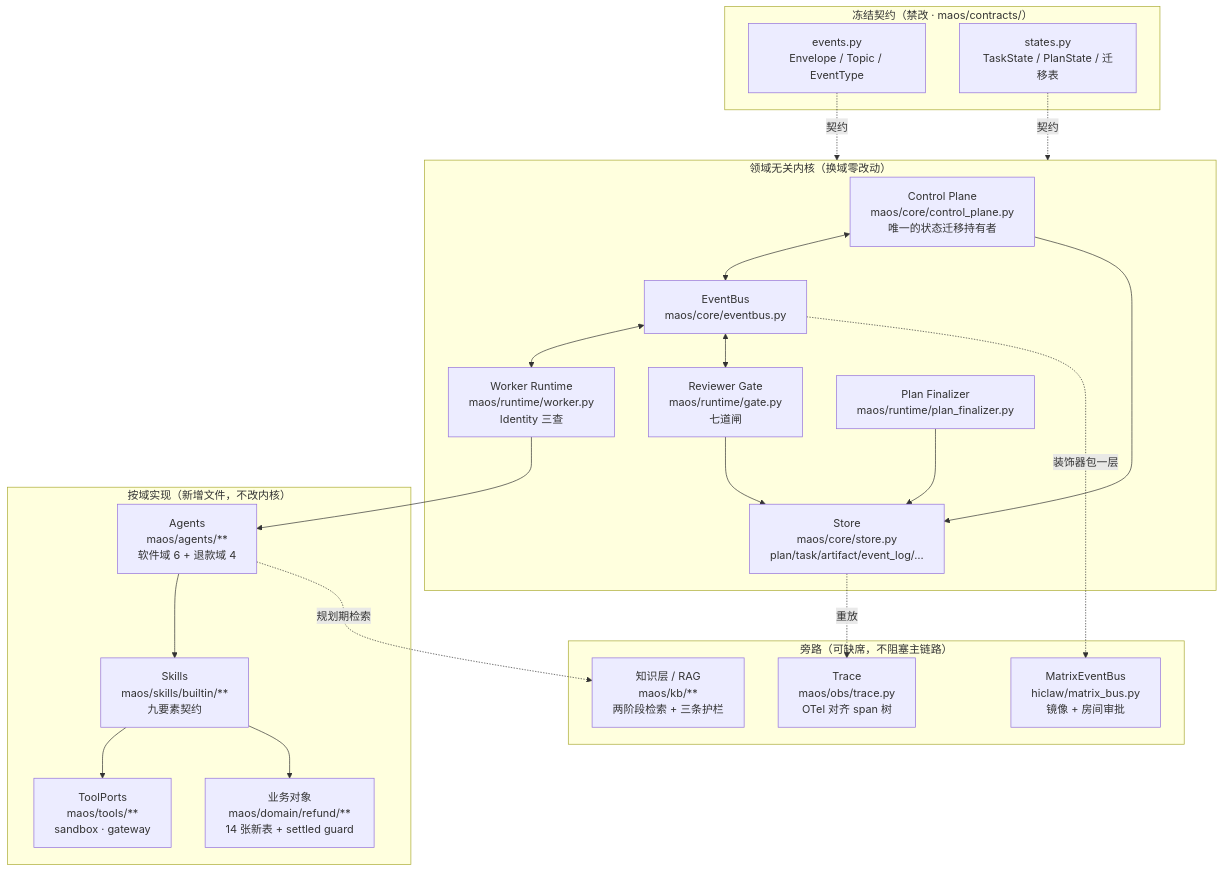
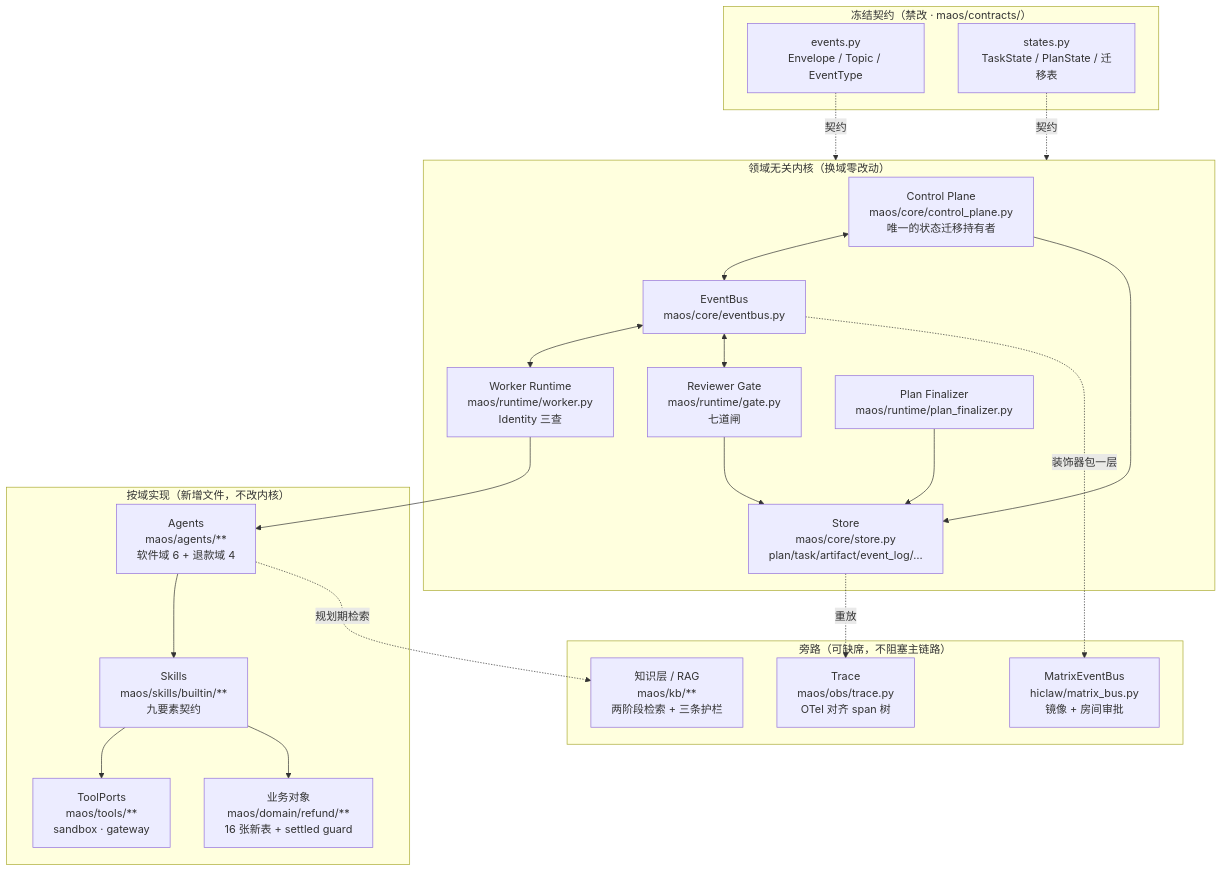
One commit to TomwaltW/maos-runtime changed the first of 4 diagrams in docs/architecture.md. Above: the diagram before and after it, drawn with Mermaid. The commit also changed other lines of this file and 8 other files, not shown here.

````diff
--- a/docs/architecture.md
+++ b/docs/architecture.md
@@ -12,45 +12,45 @@
 ```mermaid
 flowchart TB
   subgraph FROZEN["冻结契约（禁改 · maos/contracts/）"]
     EV["events.py<br/>Envelope / Topic / EventType"]
     ST["states.py<br/>TaskState / PlanState / 迁移表"]
   end
 
   subgraph KERNEL["领域无关内核（换域零改动）"]
     CP["Control Plane<br/>maos/core/control_plane.py<br/>唯一的状态迁移持有者"]
     BUS["EventBus<br/>maos/core/eventbus.py"]
     STORE["Store<br/>maos/core/store.py<br/>plan/task/artifact/event_log/…"]
     WK["Worker Runtime<br/>maos/runtime/worker.py<br/>Identity 三查"]
     GATE["Reviewer Gate<br/>maos/runtime/gate.py<br/>七道闸"]
     FIN["Plan Finalizer<br/>maos/runtime/plan_finalizer.py"]
   end
 
   subgraph PLUG["按域实现（新增文件，不改内核）"]
     AG["Agents<br/>maos/agents/**<br/>软件域 6 + 退款域 4"]
     SK["Skills<br/>maos/skills/builtin/**<br/>九要素契约"]
     TL["ToolPorts<br/>maos/tools/**<br/>sandbox · gateway"]
-    DM["业务对象<br/>maos/domain/refund/**<br/>14 张新表 + settled guard"]
+    DM["业务对象<br/>maos/domain/refund/**<br/>16 张新表 + settled guard"]
   end
 
   subgraph SIDE["旁路（可缺席，不阻塞主链路）"]
     MX["MatrixEventBus<br/>hiclaw/matrix_bus.py<br/>镜像 + 房间审批"]
     KB["知识层 / RAG<br/>maos/kb/**<br/>两阶段检索 + 三条护栏"]
     OBS["Trace<br/>maos/obs/trace.py<br/>OTel 对齐 span 树"]
   end
 
   EV -.契约.-> KERNEL
   ST -.契约.-> KERNEL
   CP <--> BUS
   CP --> STORE
   BUS <--> WK
   BUS <--> GATE
   WK --> AG
   AG --> SK
   SK --> TL
   SK --> DM
   GATE --> STORE
   FIN --> STORE
   BUS -.装饰器包一层.-> MX
   AG -.规划期检索.-> KB
   STORE -.重放.-> OBS
 ```
````
